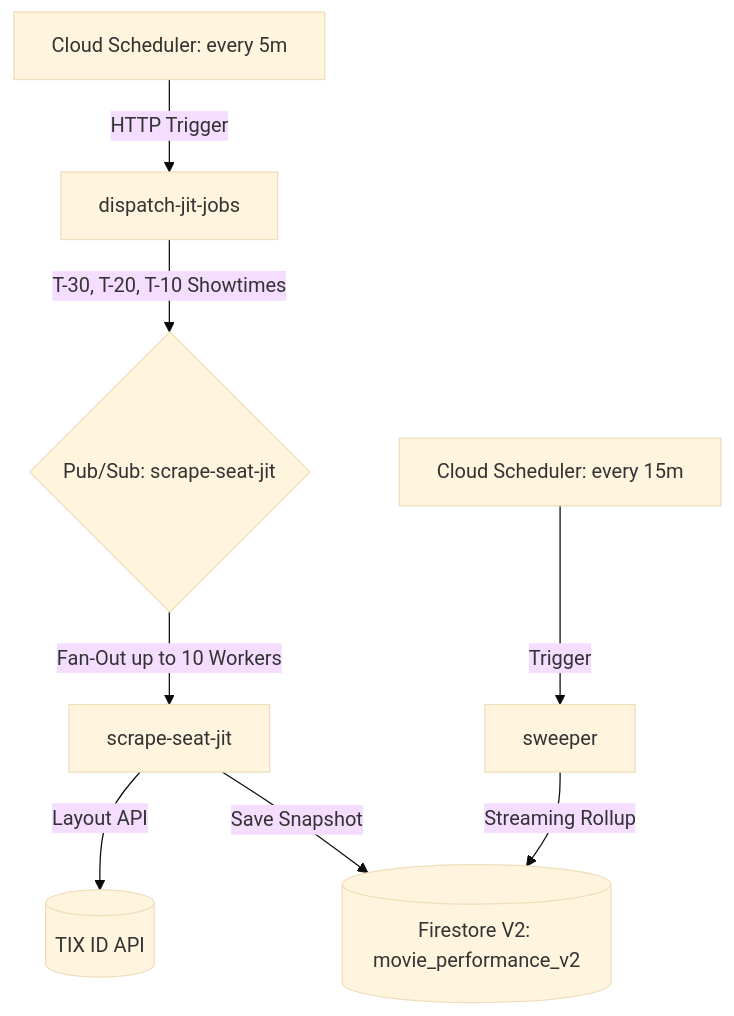
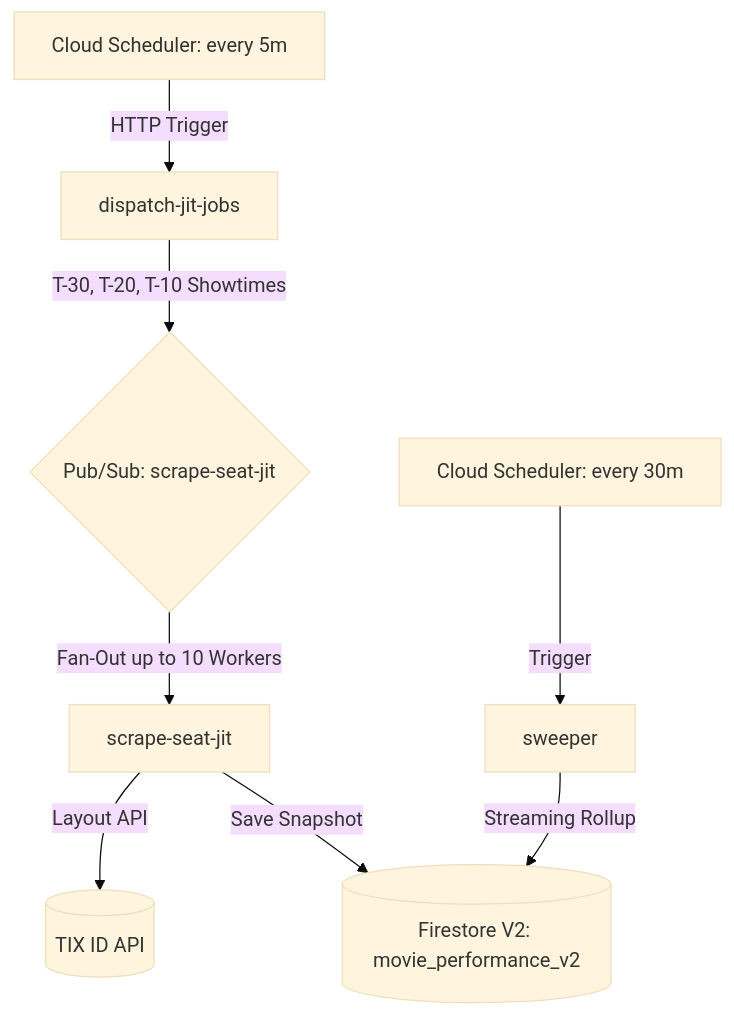
One commit to okihita/CineRadar changed the second of 3 diagrams in backend/README.md. Above: the diagram before and after it, drawn with Mermaid (base theme). The commit also changed 5 other files, not shown here.

````diff
--- a/backend/README.md
+++ b/backend/README.md
@@ -60,13 +60,13 @@
 ```mermaid
 flowchart TD
     SCH[Cloud Scheduler: every 5m] -->|HTTP Trigger| DISP[dispatch-jit-jobs]
     
     DISP -->|T-30, T-20, T-10 Showtimes| PS{Pub/Sub: scrape-seat-jit}
     PS -->|Fan-Out up to 10 Workers| SCR[scrape-seat-jit]
     
     SCR -->|Layout API| TIX[(TIX ID API)]
     SCR -->|Save Snapshot| FS[(Firestore V2: movie_performance_v2)]
     
-    SW_SCH[Cloud Scheduler: every 15m] -->|Trigger| SWEEP[sweeper]
+    SW_SCH[Cloud Scheduler: every 30m] -->|Trigger| SWEEP[sweeper]
     SWEEP -->|Streaming Rollup| FS
 ```
````
